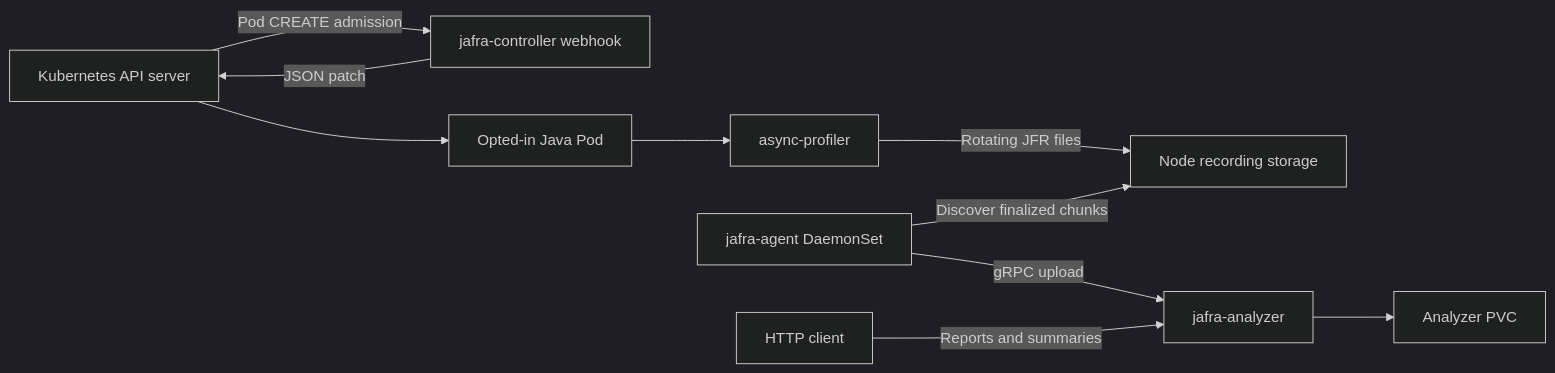
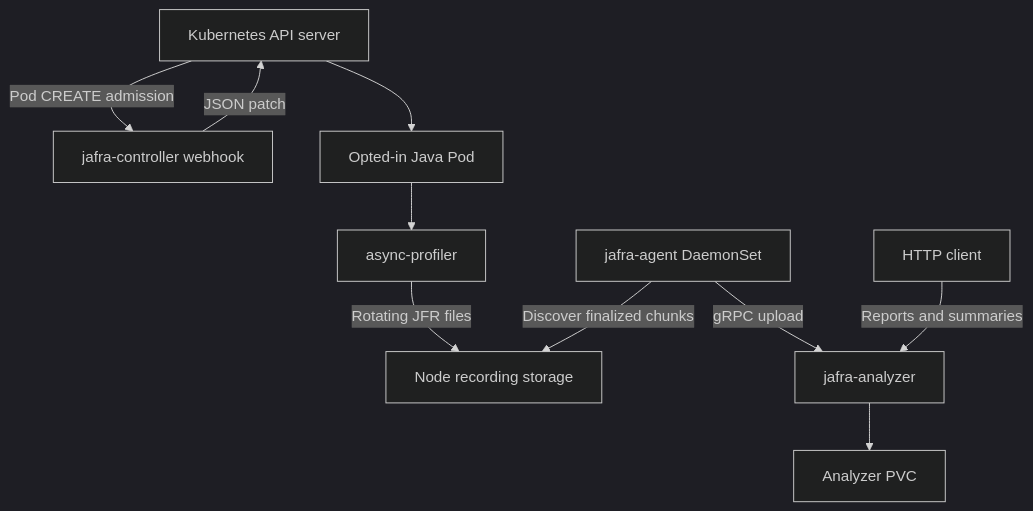
One commit to bharathappali/jafra-docs changed the diagram in docs/concepts/architecture.md. Above: the diagram before and after it, drawn with Mermaid (dark theme). The commit also changed 2 other files, not shown here.

Commit message:
Remove doc in header and make flowchart vertical

````diff
--- a/docs/concepts/architecture.md
+++ b/docs/concepts/architecture.md
@@ -11,22 +11,22 @@
 ```mermaid
-flowchart LR
+flowchart TB
     apiServer["Kubernetes API server"]
     controller["jafra-controller webhook"]
     pod["Opted-in Java Pod"]
     profiler["async-profiler"]
     hostPath["Node recording storage"]
     agent["jafra-agent DaemonSet"]
     analyzer["jafra-analyzer"]
     pvc["Analyzer PVC"]
     client["HTTP client"]
 
     apiServer -->|"Pod CREATE admission"| controller
     controller -->|"JSON patch"| apiServer
     apiServer --> pod
     pod --> profiler
     profiler -->|"Rotating JFR files"| hostPath
     agent -->|"Discover finalized chunks"| hostPath
     agent -->|"gRPC upload"| analyzer
     analyzer --> pvc
     client -->|"Reports and summaries"| analyzer
 ```
````
